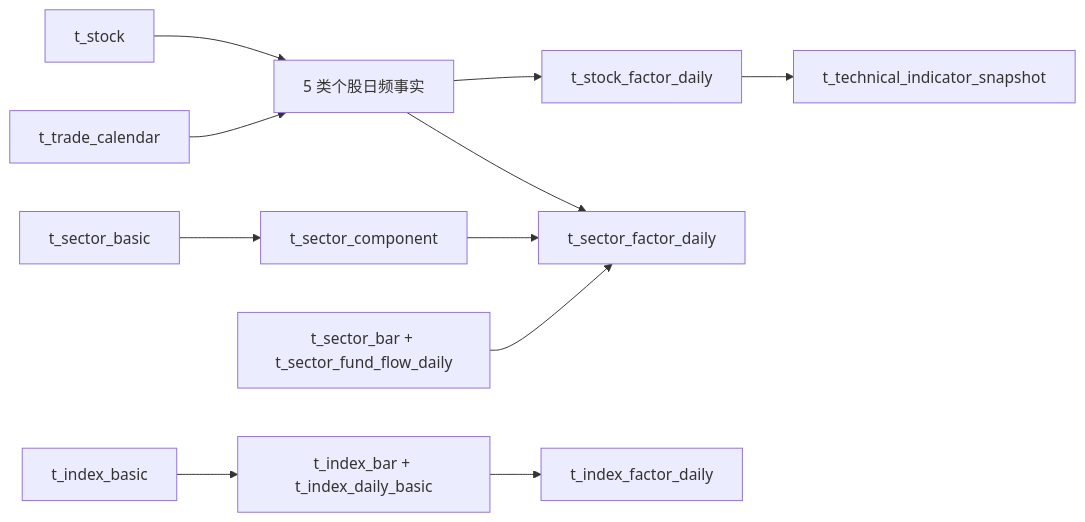
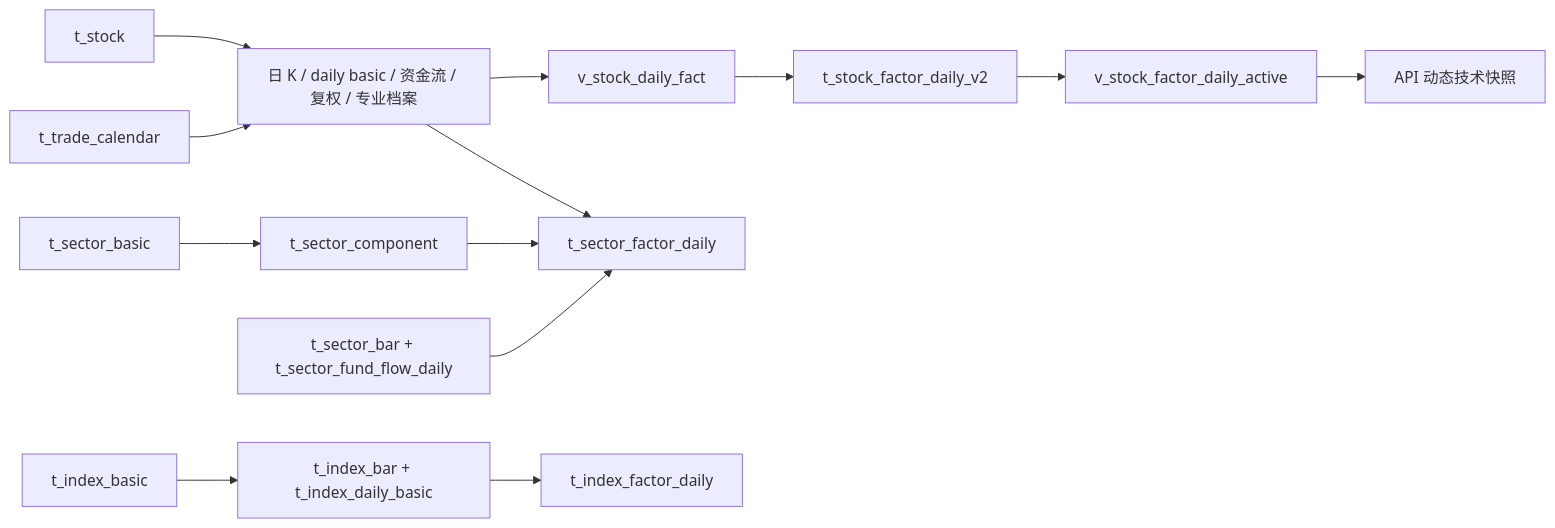
One commit to code-zhang-zhihao/stock--center changed the diagram in docs/wiki/20-核心流程/历史数据资产初始化.md. Above: the diagram before and after it, drawn with Mermaid. The commit also changed other lines of this file and 29 other files, not shown here.

````diff
--- a/docs/wiki/20-核心流程/历史数据资产初始化.md
+++ b/docs/wiki/20-核心流程/历史数据资产初始化.md
@@ -59,13 +64,15 @@
 ```mermaid
 flowchart LR
-    S["t_stock"] --> SD["5 类个股日频事实"]
+    S["t_stock"] --> SD["日 K / daily basic / 资金流 / 复权 / 专业档案"]
     C["t_trade_calendar"] --> SD
-    SD --> SF["t_stock_factor_daily"]
-    SF --> SS["t_technical_indicator_snapshot"]
+    SD --> UF["v_stock_daily_fact"]
+    UF --> SF["t_stock_factor_daily_v2"]
+    SF --> AV["v_stock_factor_daily_active"]
+    AV --> SS["API 动态技术快照"]
     SB["t_sector_basic"] --> SC["t_sector_component"]
     SC --> SEF["t_sector_factor_daily"]
     SD --> SEF
     SE["t_sector_bar + t_sector_fund_flow_daily"] --> SEF
     IB["t_index_basic"] --> IF["t_index_bar + t_index_daily_basic"]
     IF --> IDF["t_index_factor_daily"]
 ```
````
